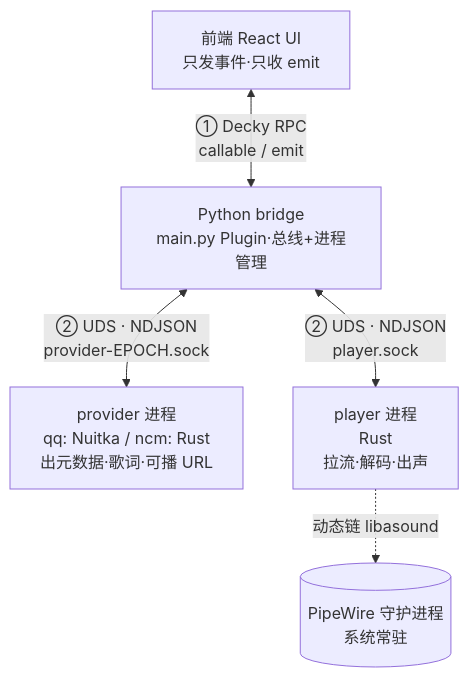
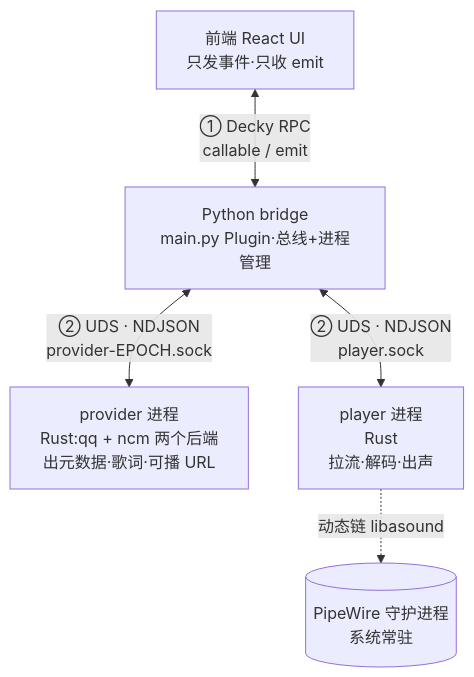
Before and after one commit to jinzhongjia/decky-music: the first of 6 diagrams in docs/DESIGN.md, drawn with Mermaid. The commit also changed other lines of this file and 20 other files, not shown here.

````diff
--- a/docs/DESIGN.md
+++ b/docs/DESIGN.md
@@ -29,12 +29,12 @@
 ```mermaid
 graph TB
   UI[前端 React UI<br/>只发事件·只收 emit]
   BR[Python bridge<br/>main.py Plugin·总线+进程管理]
-  P[provider 进程<br/>qq: Nuitka / ncm: Rust<br/>出元数据·歌词·可播 URL]
+  P[provider 进程<br/>Rust:qq + ncm 两个后端<br/>出元数据·歌词·可播 URL]
   PL[player 进程<br/>Rust<br/>拉流·解码·出声]
 
   UI <-->|① Decky RPC<br/>callable / emit| BR
   BR <-->|② UDS · NDJSON<br/>provider-EPOCH.sock| P
   BR <-->|② UDS · NDJSON<br/>player.sock| PL
   PL -.->|动态链 libasound| PW[(PipeWire 守护进程<br/>系统常驻)]
 ```
````
